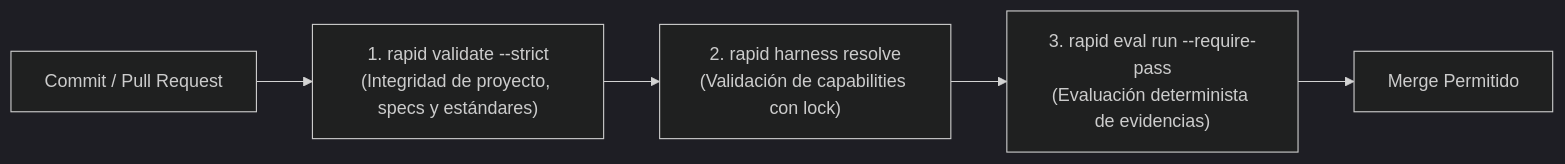
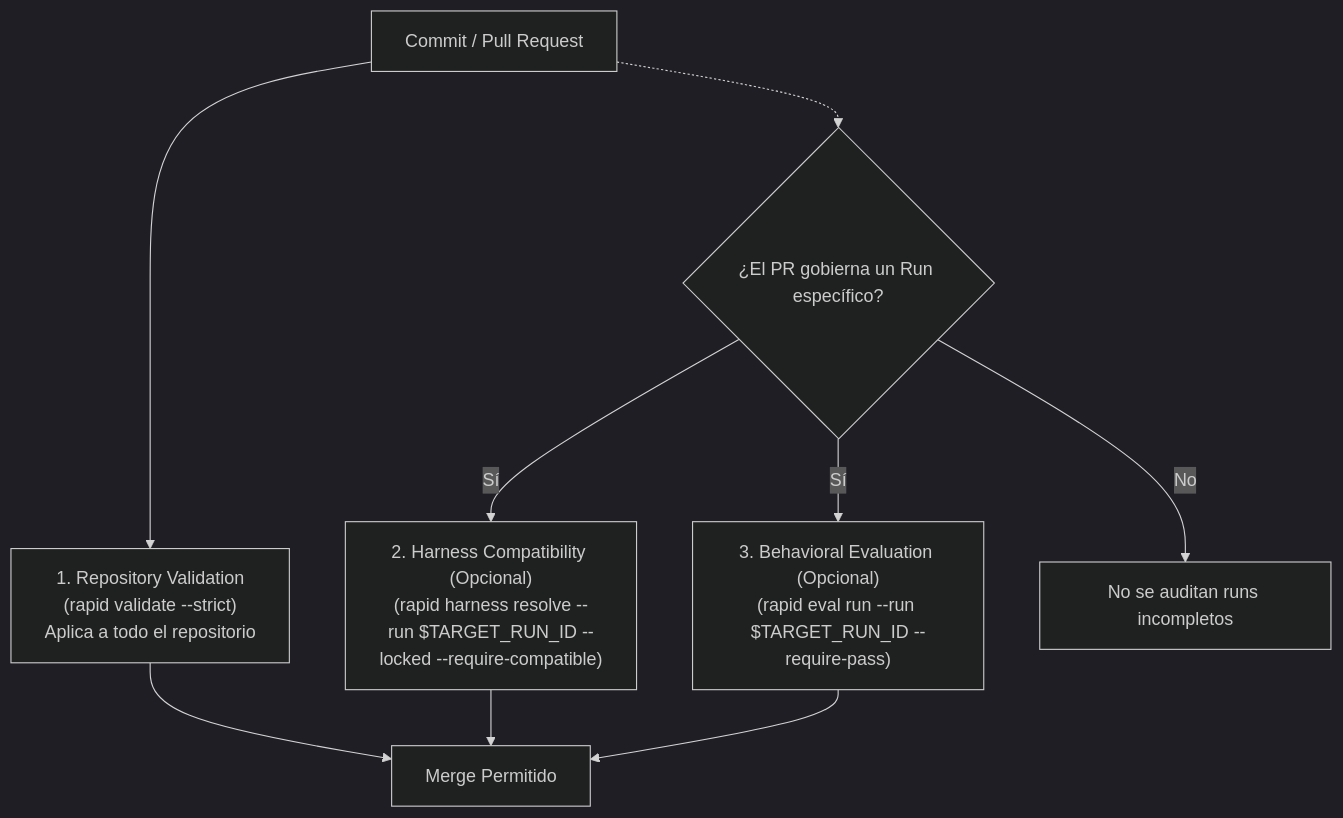
Before and after one commit to alyconr/Rapid-OS: the diagram in docs/guides/ci-cd-integration.md, drawn with Mermaid (dark theme). The commit also changed other lines of this file and 11 other files, not shown here.

````diff
--- a/docs/guides/ci-cd-integration.md
+++ b/docs/guides/ci-cd-integration.md
@@ -16,7 +16,13 @@
 ```mermaid
-flowchart LR
-    Commit["Commit / Pull Request"] --> V1["1. rapid validate --strict\n(Integridad de proyecto, specs y estándares)"]
-    V1 --> V2["2. rapid harness resolve\n(Validación de capabilities con lock)"]
-    V2 --> V3["3. rapid eval run --require-pass\n(Evaluación determinista de evidencias)"]
-    V3 --> Merge["Merge Permitido"]
+flowchart TD
+    Commit["Commit / Pull Request"] --> V1["1. Repository Validation\n(rapid validate --strict)\nAplica a todo el repositorio"]
+    
+    Commit -.-> RunTarget{"¿El PR gobierna un Run específico?"}
+    RunTarget -- Sí --> V2["2. Harness Compatibility (Opcional)\n(rapid harness resolve --run $TARGET_RUN_ID --locked --require-compatible)"]
+    RunTarget -- Sí --> V3["3. Behavioral Evaluation (Opcional)\n(rapid eval run --run $TARGET_RUN_ID --require-pass)"]
+    RunTarget -- No --> Skip["No se auditan runs incompletos"]
+    
+    V1 --> Merge["Merge Permitido"]
+    V2 --> Merge
+    V3 --> Merge
 ```
````
